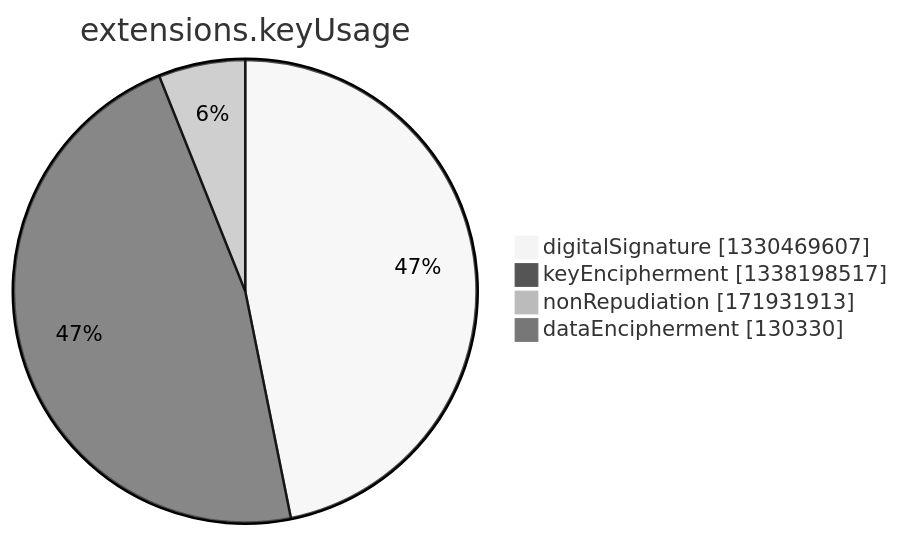
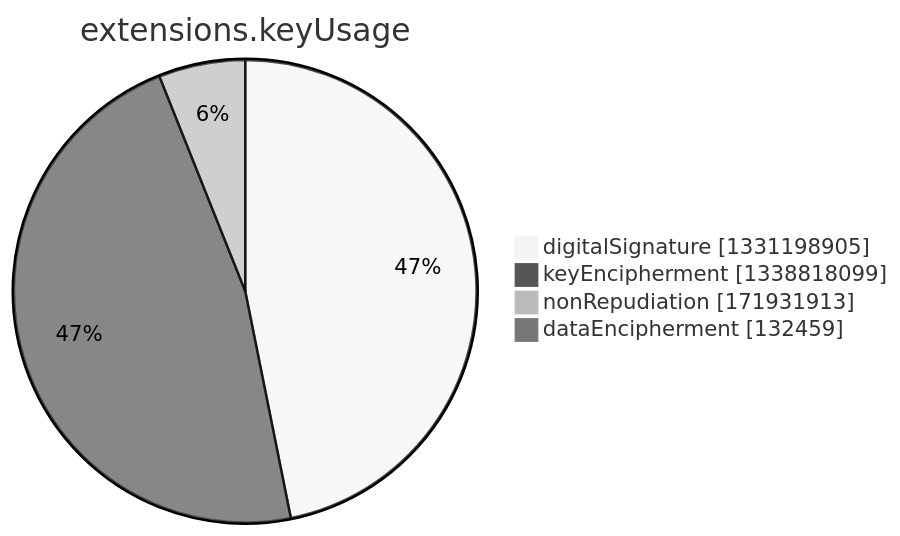
One commit to christiankrug/ctmonitor_visualization changed the seventh of 15 diagrams in argon2022/README.md. Above: the diagram before and after it, drawn with Mermaid (neutral theme). The commit also changed other lines of this file, not shown here.

````diff
--- a/argon2022/README.md
+++ b/argon2022/README.md
@@ -2750,8 +2750,8 @@
 ```mermaid
 pie showData
 title extensions.keyUsage
-"digitalSignature" :1330469607
-"keyEncipherment" :1338198517
+"digitalSignature" :1331198905
+"keyEncipherment" :1338818099
 "nonRepudiation" :171931913
-"dataEncipherment" :130330
+"dataEncipherment" :132459
 ```
````
